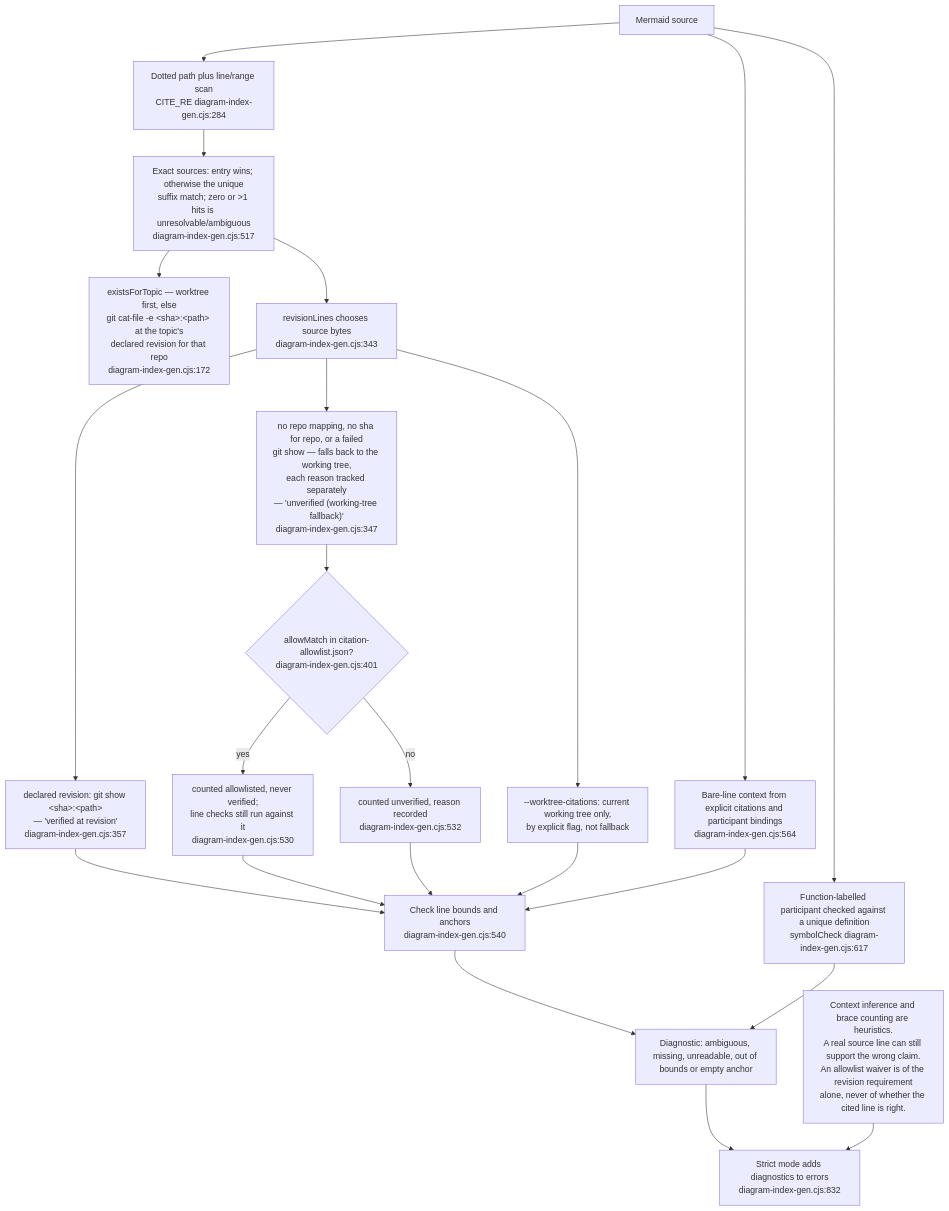
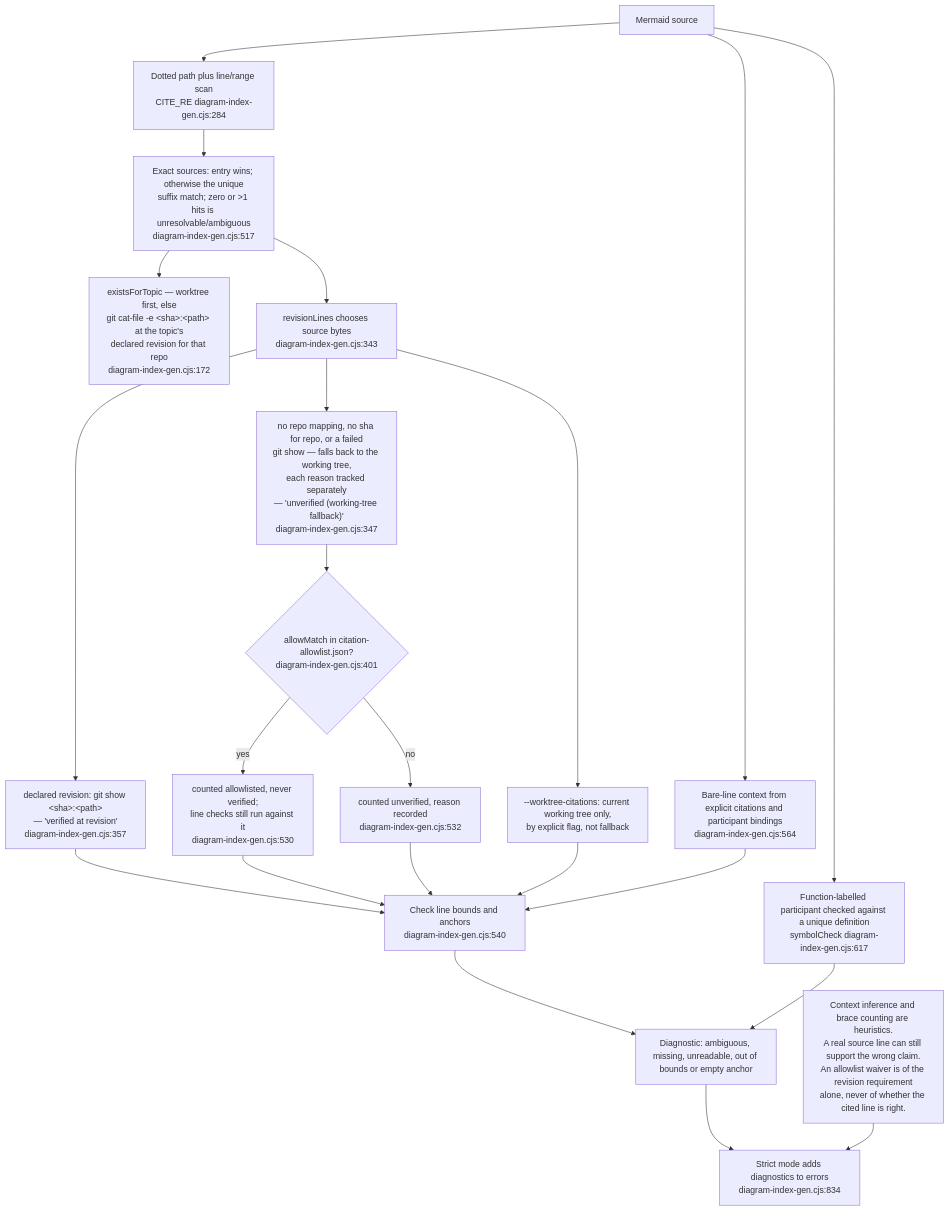
The tenth of 14 diagrams in docs/diagrams/visionflow/06-diagram-tooling.md (DreamLab-AI/VisionFlow), drawn with Mermaid before and after one commit. The commit also changed other lines of this file and 17 other files, not shown here.

````diff
--- a/docs/diagrams/visionflow/06-diagram-tooling.md
+++ b/docs/diagrams/visionflow/06-diagram-tooling.md
@@ -329,24 +329,24 @@
 ```mermaid
 flowchart TB
     A["Mermaid source"] --> SCAN["Dotted path plus line/range scan<br/>CITE_RE diagram-index-gen.cjs:284"]
     SCAN --> MATCH["Exact sources: entry wins; otherwise the unique<br/>suffix match; zero or >1 hits is unresolvable/ambiguous<br/>diagram-index-gen.cjs:517"]
     MATCH --> EXIST["existsForTopic — worktree first, else<br/>git cat-file -e &lt;sha&gt;:&lt;path&gt; at the topic's<br/>declared revision for that repo<br/>diagram-index-gen.cjs:172"]
     MATCH --> MODE["revisionLines chooses source bytes<br/>diagram-index-gen.cjs:343"]
     MODE --> PIN["declared revision: git show &lt;sha&gt;:&lt;path&gt;<br/>— 'verified at revision'<br/>diagram-index-gen.cjs:357"]
     MODE --> WT["no repo mapping, no sha for repo, or a failed<br/>git show — falls back to the working tree,<br/>each reason tracked separately<br/>— 'unverified (working-tree fallback)'<br/>diagram-index-gen.cjs:347"]
     MODE --> WTFLAG["--worktree-citations: current working tree only,<br/>by explicit flag, not fallback"]
     PIN --> READ["Check line bounds and anchors<br/>diagram-index-gen.cjs:540"]
     WT --> WAIVE{"allowMatch in citation-allowlist.json?<br/>diagram-index-gen.cjs:401"}
     WAIVE -->|yes| ALLOWED["counted allowlisted, never verified;<br/>line checks still run against it<br/>diagram-index-gen.cjs:530"]
     WAIVE -->|no| UNVER["counted unverified, reason recorded<br/>diagram-index-gen.cjs:532"]
     ALLOWED --> READ
     UNVER --> READ
     WTFLAG --> READ
     A --> BARE["Bare-line context from explicit citations and participant bindings<br/>diagram-index-gen.cjs:564"]
     BARE --> READ
     A --> SYMBOL["Function-labelled participant checked against a unique definition<br/>symbolCheck diagram-index-gen.cjs:617"]
     READ --> DIAG["Diagnostic: ambiguous, missing, unreadable, out of bounds or empty anchor"]
     SYMBOL --> DIAG
-    DIAG --> EXIT["Strict mode adds diagnostics to errors<br/>diagram-index-gen.cjs:832"]
+    DIAG --> EXIT["Strict mode adds diagnostics to errors<br/>diagram-index-gen.cjs:834"]
     LIMIT["Context inference and brace counting are heuristics.<br/>A real source line can still support the wrong claim.<br/>An allowlist waiver is of the revision requirement<br/>alone, never of whether the cited line is right."] --> EXIT
 ```
````
